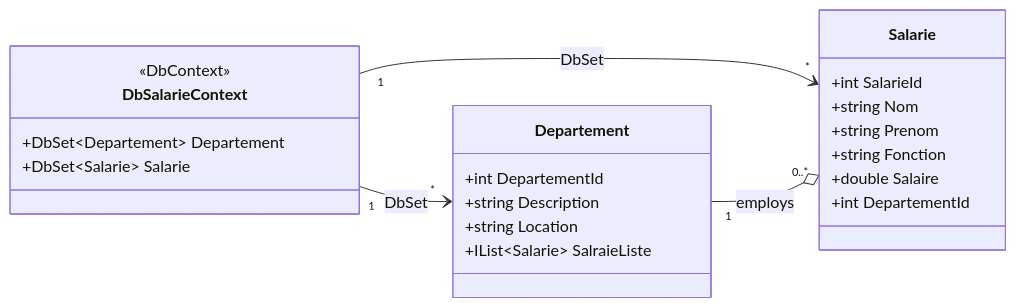
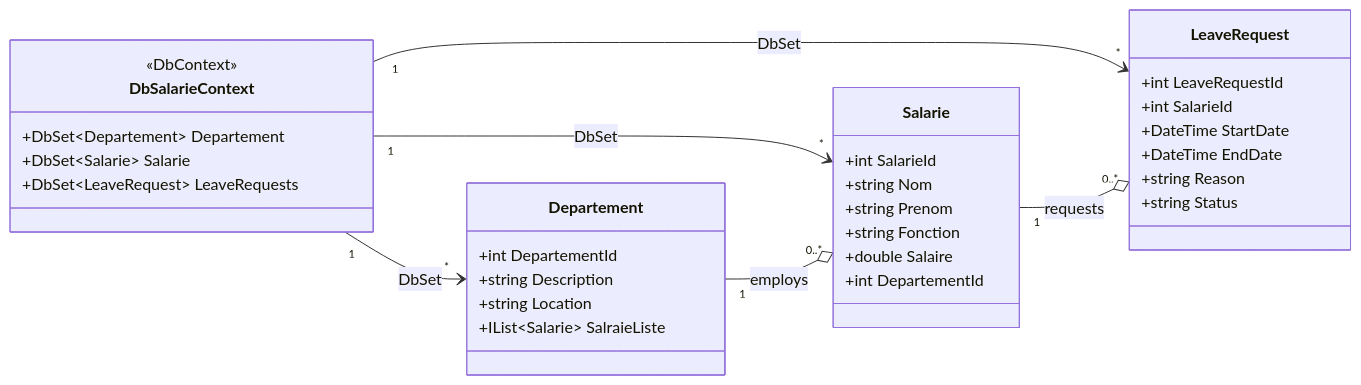
The diagram in README.md (Lagmouchyoussef/aspnet-hr-management-system), drawn with Mermaid before and after one commit. The commit also changed other lines of this file and 17 other files, not shown here.

````diff
--- a/README.md
+++ b/README.md
@@ -123,30 +149,42 @@
 ```mermaid
 classDiagram
     direction LR
 
     class DbSalarieContext {
         <<DbContext>>
         +DbSet~Departement~ Departement
         +DbSet~Salarie~ Salarie
+        +DbSet~LeaveRequest~ LeaveRequests
     }
 
     class Departement {
         +int DepartementId
         +string Description
         +string Location
         +IList~Salarie~ SalraieListe
     }
 
     class Salarie {
         +int SalarieId
         +string Nom
         +string Prenom
         +string Fonction
         +double Salaire
         +int DepartementId
     }
 
+    class LeaveRequest {
+        +int LeaveRequestId
+        +int SalarieId
+        +DateTime StartDate
+        +DateTime EndDate
+        +string Reason
+        +string Status
+    }
+
     DbSalarieContext "1" --> "*" Departement : DbSet
     DbSalarieContext "1" --> "*" Salarie : DbSet
+    DbSalarieContext "1" --> "*" LeaveRequest : DbSet
     Departement "1" --o "0..*" Salarie : employs
+    Salarie "1" --o "0..*" LeaveRequest : requests
 ```
````
